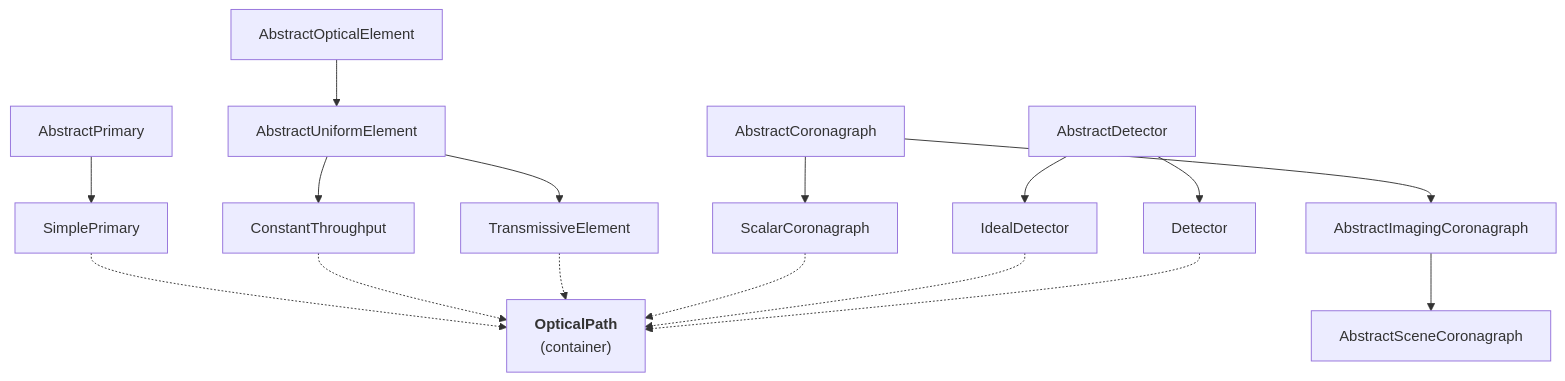
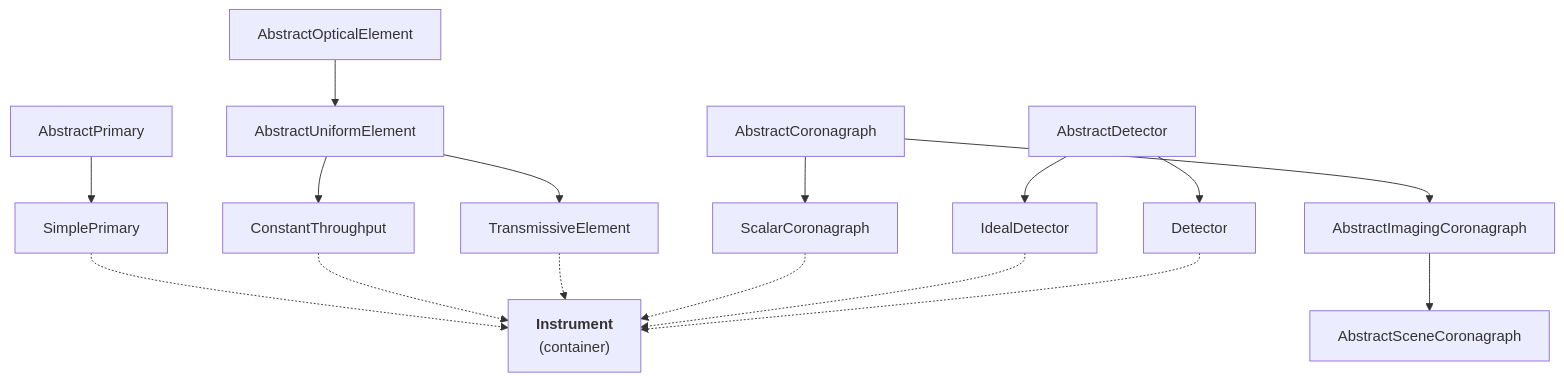
Before and after one commit to CoreySpohn/optixstuff: the diagram in docs/explanation/architecture.md, drawn with Mermaid. The commit also changed other lines of this file and 12 other files, not shown here.

Commit message:
feat(instrument)!: rename OpticalPath to Instrument and its module to instrument

````diff
--- a/docs/explanation/architecture.md
+++ b/docs/explanation/architecture.md
@@ -32,34 +32,34 @@
 ```mermaid
 flowchart TB
     AOE[AbstractOpticalElement]
     AUE[AbstractUniformElement]
     CT[ConstantThroughput]
     ST[TransmissiveElement]
     AP[AbstractPrimary]
     SP[SimplePrimary]
     AC[AbstractCoronagraph]
     IMG[AbstractImagingCoronagraph]
     SCENE[AbstractSceneCoronagraph]
     SC[ScalarCoronagraph]
     AD[AbstractDetector]
     ID[IdealDetector]
     D[Detector]
-    OP["<b>OpticalPath</b><br/>(container)"]
+    OP["<b>Instrument</b><br/>(container)"]
 
     AOE --> AUE
     AUE --> CT
     AUE --> ST
     AP --> SP
     AC --> SC
     AC --> IMG
     IMG --> SCENE
     AD --> ID
     AD --> D
 
     SP -.-> OP
     CT -.-> OP
     ST -.-> OP
     SC -.-> OP
     ID -.-> OP
     D -.-> OP
 ```
````
